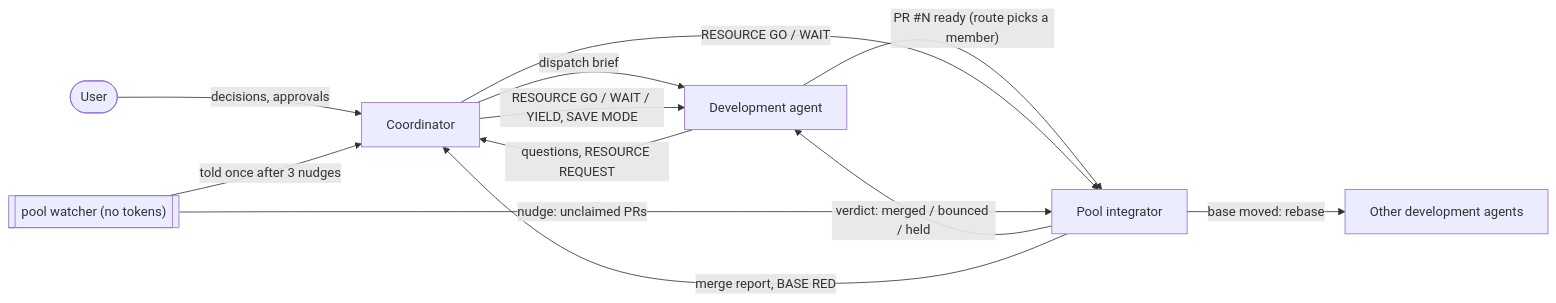
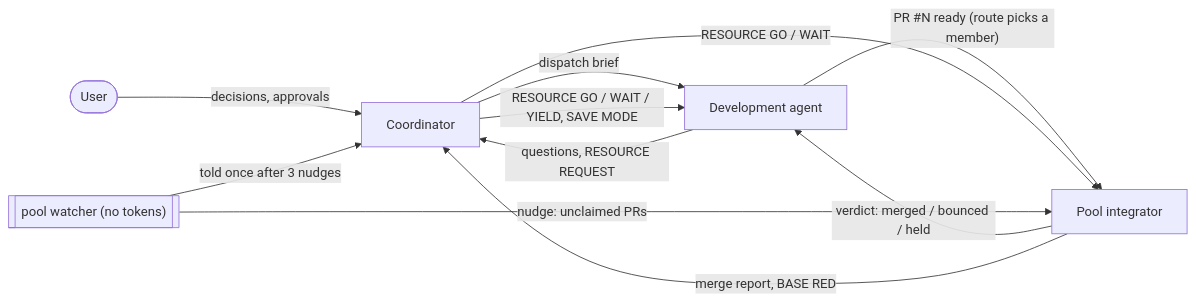
One commit to R0drig0V1/herdr-agent-pool changed the second of 7 diagrams in plugin/README.md. Above: the diagram before and after it, drawn with Mermaid. The commit also changed 6 other files, not shown here.

First line of the commit message:
fix: stop the "base moved" broadcast and rebases of announced branches (#7)

````diff
--- a/plugin/README.md
+++ b/plugin/README.md
@@ -138,14 +138,13 @@
 ```mermaid
 flowchart LR
   U([User]) -- "decisions, approvals" --> C[Coordinator]
   C -- "dispatch brief" --> D[Development agent]
   D -- "PR #N ready (route picks a member)" --> I[Pool integrator]
   I -- "verdict: merged / bounced / held" --> D
   I -- "merge report, BASE RED" --> C
   D -- "questions, RESOURCE REQUEST" --> C
   C -- "RESOURCE GO / WAIT / YIELD, SAVE MODE" --> D
   C -- "RESOURCE GO / WAIT" --> I
-  I -- "base moved: rebase" --> O[Other development agents]
   W[["pool watcher (no tokens)"]] -- "nudge: unclaimed PRs" --> I
   W -- "told once after 3 nudges" --> C
 ```
````
